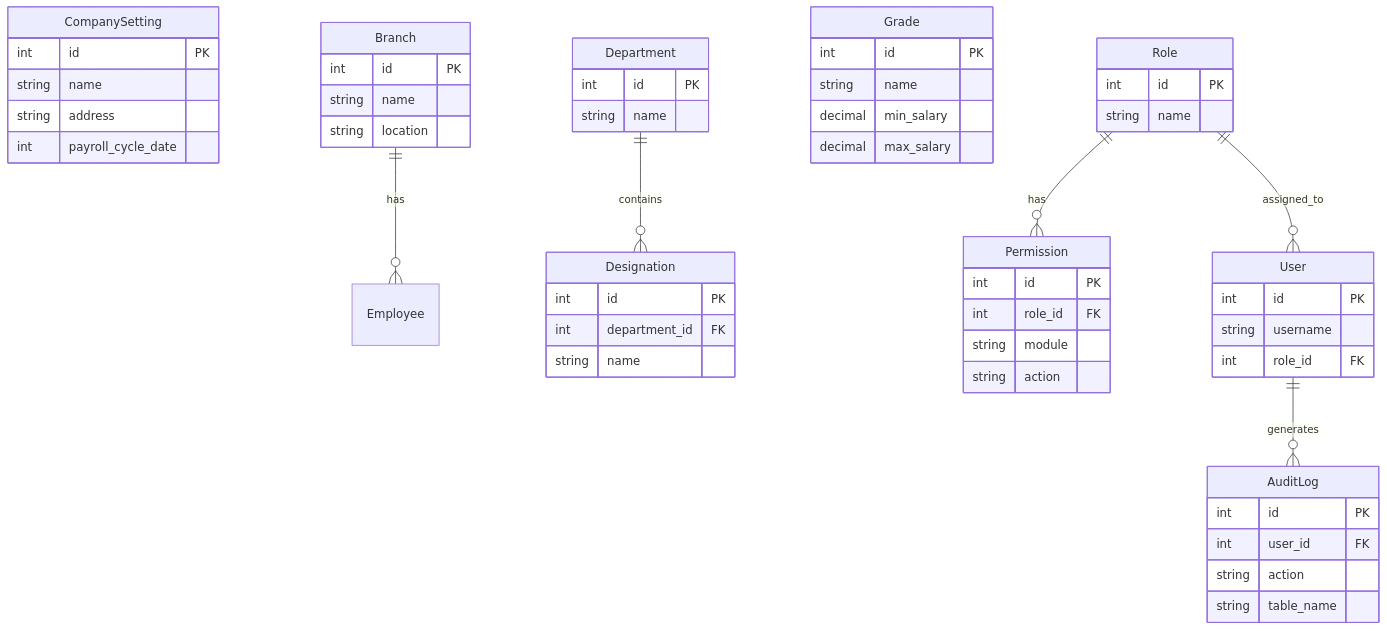
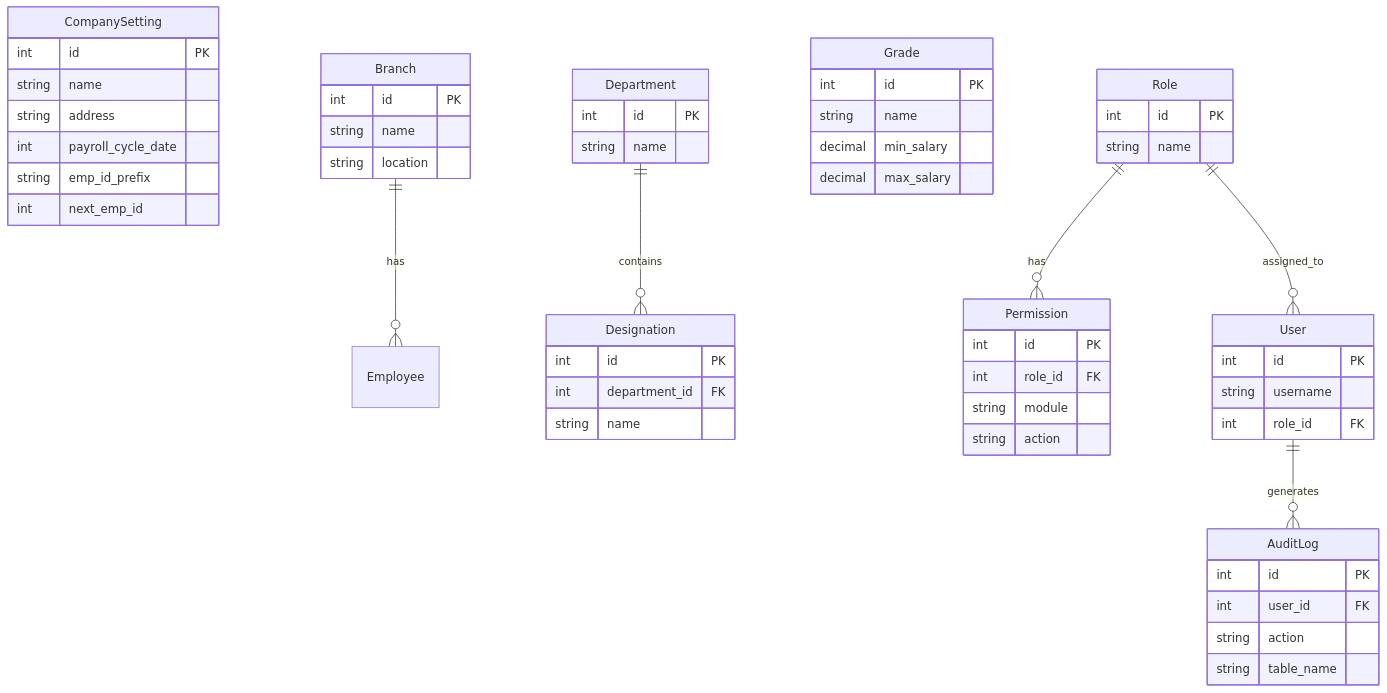
One commit to ManonHaque/HR-and-Payroll-Management-System changed the first of 4 diagrams in DATABASE_DESIGN.md. Above: the diagram before and after it, drawn with Mermaid. The commit also changed other lines of this file, not shown here.

````diff
--- a/DATABASE_DESIGN.md
+++ b/DATABASE_DESIGN.md
@@ -8,55 +8,57 @@
 ```mermaid
 erDiagram
     CompanySetting {
         int id PK
         string name
         string address
         int payroll_cycle_date
+        string emp_id_prefix
+        int next_emp_id
     }
     Branch ||--o{ Employee : "has"
     Branch {
         int id PK
         string name
         string location
     }
     Department ||--o{ Designation : "contains"
     Department {
         int id PK
         string name
     }
     Designation {
         int id PK
         int department_id FK
         string name
     }
     Grade {
         int id PK
         string name
         decimal min_salary
         decimal max_salary
     }
     Role ||--o{ Permission : "has"
     Role ||--o{ User : "assigned_to"
     Role {
         int id PK
         string name
     }
     Permission {
         int id PK
         int role_id FK
         string module
         string action
     }
     User ||--o{ AuditLog : "generates"
     User {
         int id PK
         string username
         int role_id FK
     }
     AuditLog {
         int id PK
         int user_id FK
         string action
         string table_name
     }
 ```
````
